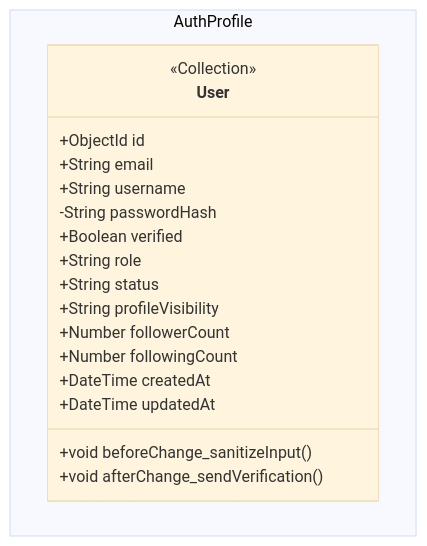
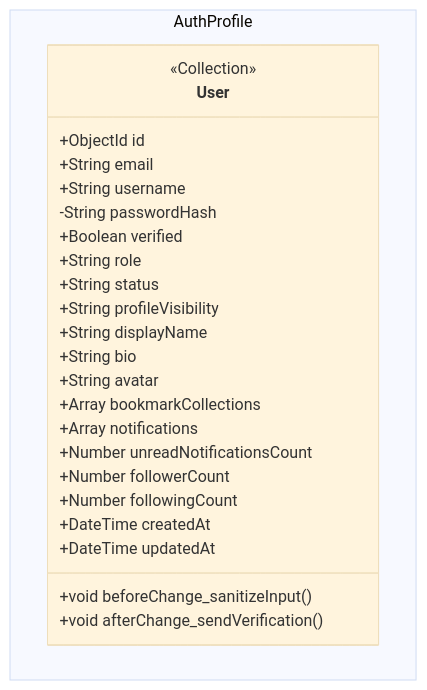
One commit to vuthuonghai-steve/KLTN-By_Thuong_Hai-Steve changed the diagram in Docs/life-2/diagrams/class-diagrams/m1-auth-profile/class-m1-auth-profile.md. Above: the diagram before and after it, drawn with Mermaid (base theme). The commit also changed other lines of this file and 17 other files, not shown here.

Commit message:
feat: update class diagram YAMLs with refined entity fields and source tracking, and regenerate associated documentation files.

````diff
--- a/Docs/life-2/diagrams/class-diagrams/m1-auth-profile/class-m1-auth-profile.md
+++ b/Docs/life-2/diagrams/class-diagrams/m1-auth-profile/class-m1-auth-profile.md
@@ -13,24 +13,30 @@
 ```mermaid
 classDiagram
     namespace AuthProfile {
 
         class User {
             <<Collection>>
             +ObjectId id
             +String email
             +String username
             -String passwordHash
             +Boolean verified
             +String role
             +String status
             +String profileVisibility
+            +String displayName
+            +String bio
+            +String avatar
+            +Array bookmarkCollections
+            +Array notifications
+            +Number unreadNotificationsCount
             +Number followerCount
             +Number followingCount
             +DateTime createdAt
             +DateTime updatedAt
             +void beforeChange_sanitizeInput()
             +void afterChange_sendVerification()
         }
 
     }
 ```
````
